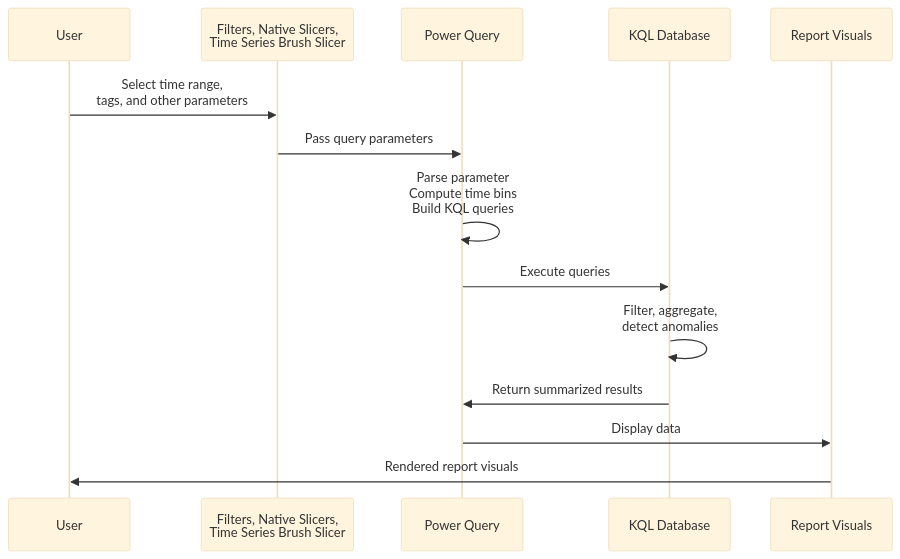
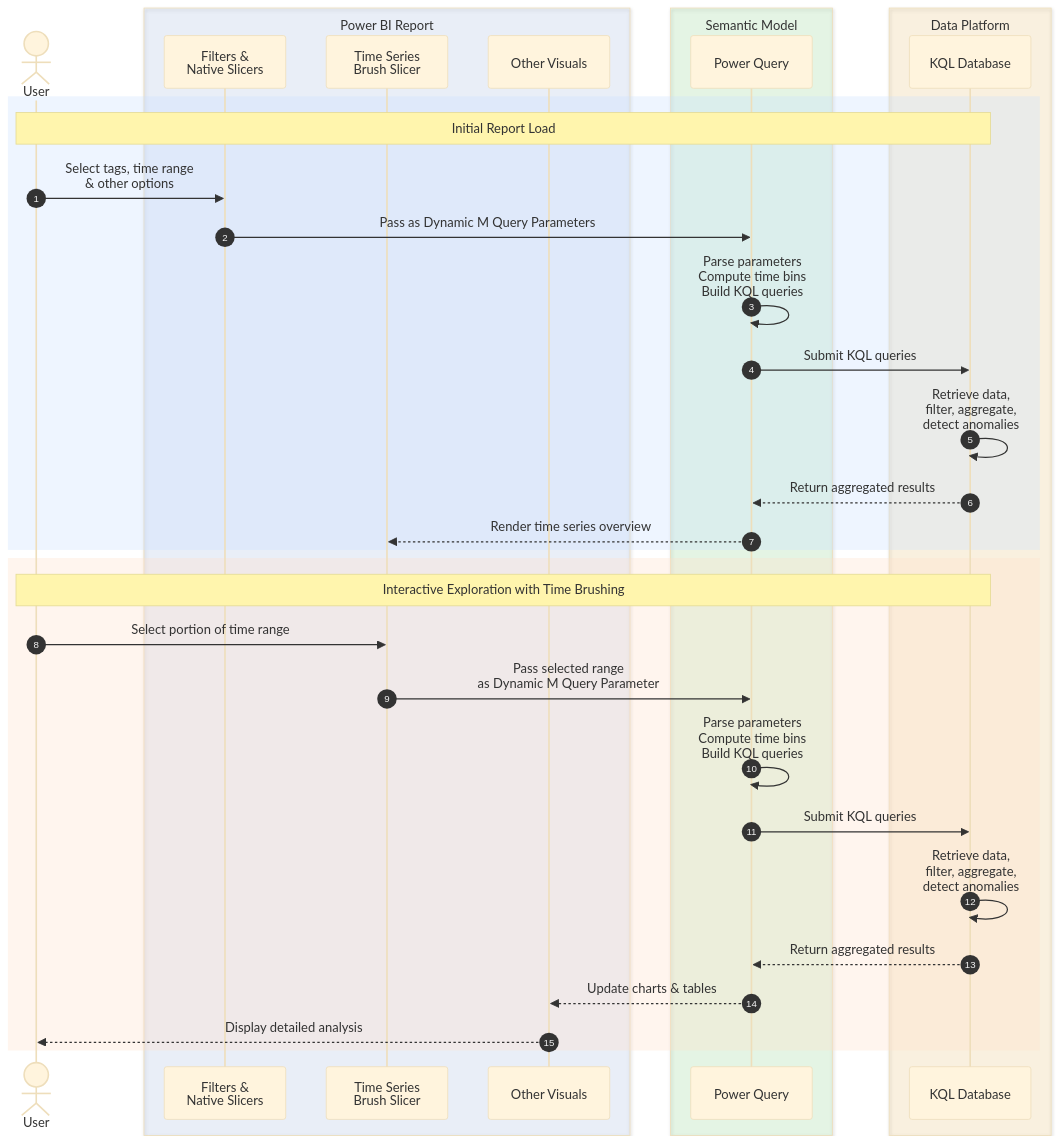
Before and after one commit to slavatrofimov/Time-Series-Visualization-with-Microsoft-Fabric: the second of 2 diagrams in docs/reference/architecture.md, drawn with Mermaid (base theme). The commit also changed other lines of this file and 3 other files, not shown here.

Commit message:
Improvements to documentation and diagrams.

````diff
--- a/docs/reference/architecture.md
+++ b/docs/reference/architecture.md
@@ -98,17 +100,41 @@
 ```mermaid
 sequenceDiagram
-    participant User
-    participant Inputs as Filters, Native Slicers,<br/>Time Series Brush Slicer
-    participant PowerQuery as Power Query
-    participant KQL as KQL Database
-    participant Visuals as Report Visuals
+    autonumber
+    actor User
+    box rgba(100,149,237,0.1) Power BI Report        
+        participant Filters as Filters &<br/>Native Slicers
+        participant Brush as Time Series<br/>Brush Slicer
+        participant Visuals as Other Visuals
+    end
     
-    User->>Inputs: Select time range,<br/>tags, and other parameters
-    Inputs->>PowerQuery: Pass query parameters
-    PowerQuery->>PowerQuery: Parse parameter<br/>Compute time bins<br/>Build KQL queries
-    PowerQuery->>KQL: Execute queries
-    KQL->>KQL: Filter, aggregate,<br/>detect anomalies
-    KQL->>PowerQuery: Return summarized results
-    PowerQuery->>Visuals: Display data
-    Visuals->>User: Rendered report visuals
+    box rgba(50,205,50,0.1) Semantic Model
+        participant PQ as Power Query
+    end
+    
+    box rgba(255,165,0,0.1) Data Platform
+        participant KQL as KQL Database
+    end
+    
+    rect rgba(200,220,255,0.3)
+        Note over User,KQL: Initial Report Load
+        User->>Filters: Select tags, time range<br/>& other options
+        Filters->>PQ: Pass as Dynamic M Query Parameters
+        PQ->>PQ: Parse parameters<br/>Compute time bins<br/>Build KQL queries
+        PQ->>KQL: Submit KQL queries
+        KQL->>KQL: Retrieve data,<br/>filter, aggregate,<br/>detect anomalies
+        KQL-->>PQ: Return aggregated results
+        PQ-->>Brush: Render time series overview
+    end
+    
+    rect rgba(255,220,200,0.3)
+        Note over User,KQL: Interactive Exploration with Time Brushing
+        User->>Brush: Select portion of time range
+        Brush->>PQ: Pass selected range<br/>as Dynamic M Query Parameter
+        PQ->>PQ: Parse parameters<br/>Compute time bins<br/>Build KQL queries
+        PQ->>KQL: Submit KQL queries
+        KQL->>KQL: Retrieve data,<br/>filter, aggregate,<br/>detect anomalies
+        KQL-->>PQ: Return aggregated results
+        PQ-->>Visuals: Update charts & tables
+        Visuals-->>User: Display detailed analysis
+    end
 ```
````
